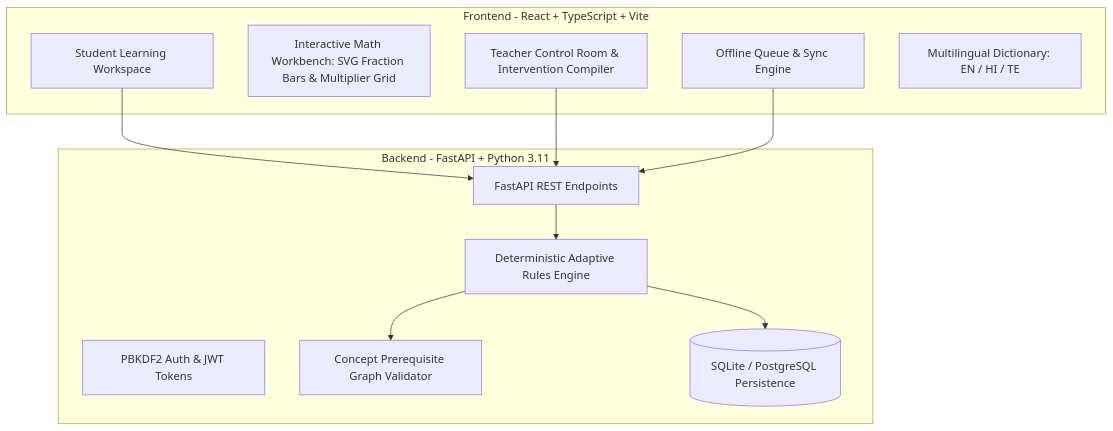
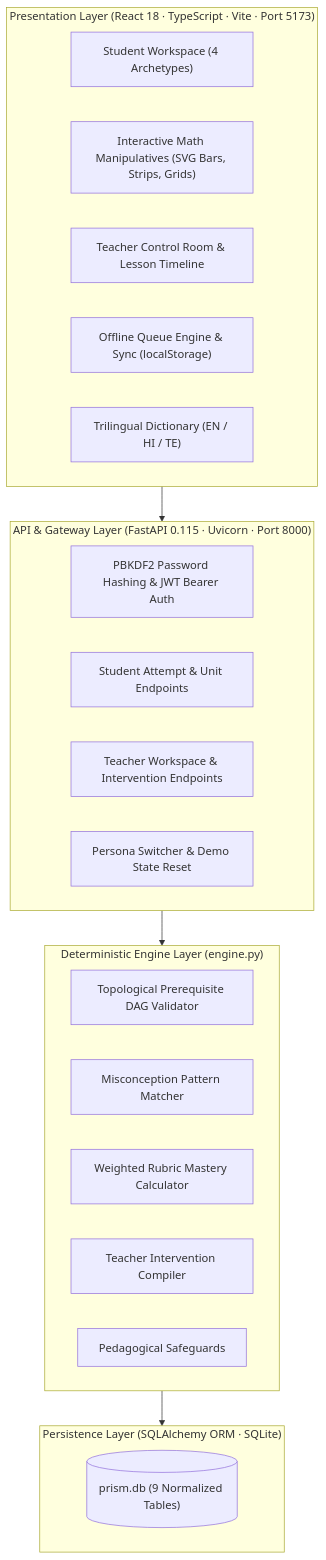
Before and after one commit to vamshimohan-777/PRISM_CLASSROOM: the third of 3 diagrams in README.md, drawn with Mermaid. The commit also changed other lines of this file and 1 other file, not shown here.

Commit message:
docs: update README with full architecture, demo script and API specs; fix seed classroom alignment

````diff
--- a/README.md
+++ b/README.md
@@ -73,25 +140,33 @@
 ```mermaid
 flowchart TD
-  subgraph Frontend [Frontend - React + TypeScript + Vite]
-    UI[Student Learning Workspace]
-    TR[Interactive Math Workbench: SVG Fraction Bars & Multiplier Grid]
-    TC[Teacher Control Room & Intervention Compiler]
-    OFF[Offline Queue & Sync Engine]
-    LANG[Multilingual Dictionary: EN / HI / TE]
+  subgraph Presentation ["Presentation Layer (React 18 · TypeScript · Vite · Port 5173)"]
+    SW["Student Workspace (4 Archetypes)"]
+    MW["Interactive Math Manipulatives (SVG Bars, Strips, Grids)"]
+    TC["Teacher Control Room & Lesson Timeline"]
+    OQ["Offline Queue Engine & Sync (localStorage)"]
+    TL["Trilingual Dictionary (EN / HI / TE)"]
   end
 
-  subgraph Backend [Backend - FastAPI + Python 3.11]
-    API[FastAPI REST Endpoints]
-    AUTH[PBKDF2 Auth & JWT Tokens]
-    ENGINE[Deterministic Adaptive Rules Engine]
-    DAG[Concept Prerequisite Graph Validator]
-    DB[(SQLite / PostgreSQL Persistence)]
+  subgraph Gateway ["API & Gateway Layer (FastAPI 0.115 · Uvicorn · Port 8000)"]
+    AUTH["PBKDF2 Password Hashing & JWT Bearer Auth"]
+    EP_STU["Student Attempt & Unit Endpoints"]
+    EP_TEA["Teacher Workspace & Intervention Endpoints"]
+    EP_DEMO["Persona Switcher & Demo State Reset"]
   end
 
-  UI --> API
-  TC --> API
-  OFF --> API
-  API --> ENGINE
-  ENGINE --> DAG
-  ENGINE --> DB
+  subgraph Engine ["Deterministic Engine Layer (engine.py)"]
+    DAG["Topological Prerequisite DAG Validator"]
+    MATCH["Misconception Pattern Matcher"]
+    MASTERY["Weighted Rubric Mastery Calculator"]
+    COMPILER["Teacher Intervention Compiler"]
+    SAFE["Pedagogical Safeguards"]
+  end
+
+  subgraph Persistence ["Persistence Layer (SQLAlchemy ORM · SQLite)"]
+    DB[("prism.db (9 Normalized Tables)")]
+  end
+
+  Presentation --> Gateway
+  Gateway --> Engine
+  Engine --> Persistence
 ```
````
